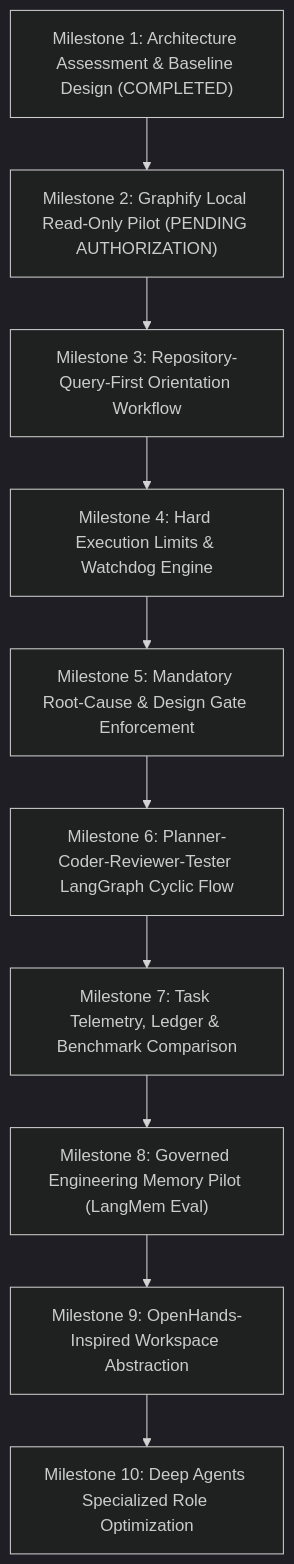
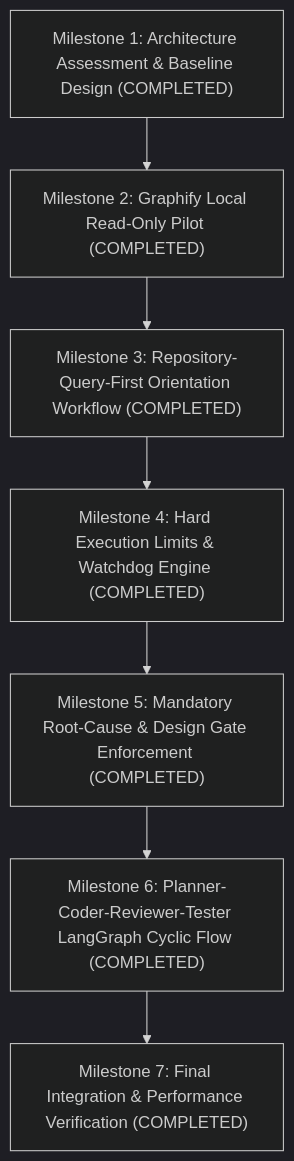
One commit to Aryramy/javed changed the diagram in docs/roadmaps/AGENT-EFFICIENCY-ROADMAP.md. Above: the diagram before and after it, drawn with Mermaid (dark theme). The commit also changed other lines of this file, not shown here.

````diff
--- a/docs/roadmaps/AGENT-EFFICIENCY-ROADMAP.md
+++ b/docs/roadmaps/AGENT-EFFICIENCY-ROADMAP.md
@@ -20,15 +22,12 @@
 ```mermaid
 flowchart TD
     M1["Milestone 1: Architecture Assessment & Baseline Design (COMPLETED)"]
-    M2["Milestone 2: Graphify Local Read-Only Pilot (PENDING AUTHORIZATION)"]
-    M3["Milestone 3: Repository-Query-First Orientation Workflow"]
-    M4["Milestone 4: Hard Execution Limits & Watchdog Engine"]
-    M5["Milestone 5: Mandatory Root-Cause & Design Gate Enforcement"]
-    M6["Milestone 6: Planner-Coder-Reviewer-Tester LangGraph Cyclic Flow"]
-    M7["Milestone 7: Task Telemetry, Ledger & Benchmark Comparison"]
-    M8["Milestone 8: Governed Engineering Memory Pilot (LangMem Eval)"]
-    M9["Milestone 9: OpenHands-Inspired Workspace Abstraction"]
-    M10["Milestone 10: Deep Agents Specialized Role Optimization"]
+    M2["Milestone 2: Graphify Local Read-Only Pilot (COMPLETED)"]
+    M3["Milestone 3: Repository-Query-First Orientation Workflow (COMPLETED)"]
+    M4["Milestone 4: Hard Execution Limits & Watchdog Engine (COMPLETED)"]
+    M5["Milestone 5: Mandatory Root-Cause & Design Gate Enforcement (COMPLETED)"]
+    M6["Milestone 6: Planner-Coder-Reviewer-Tester LangGraph Cyclic Flow (COMPLETED)"]
+    M7["Milestone 7: Final Integration & Performance Verification (COMPLETED)"]
 
-    M1 --> M2 --> M3 --> M4 --> M5 --> M6 --> M7 --> M8 --> M9 --> M10
+    M1 --> M2 --> M3 --> M4 --> M5 --> M6 --> M7
 ```
````
